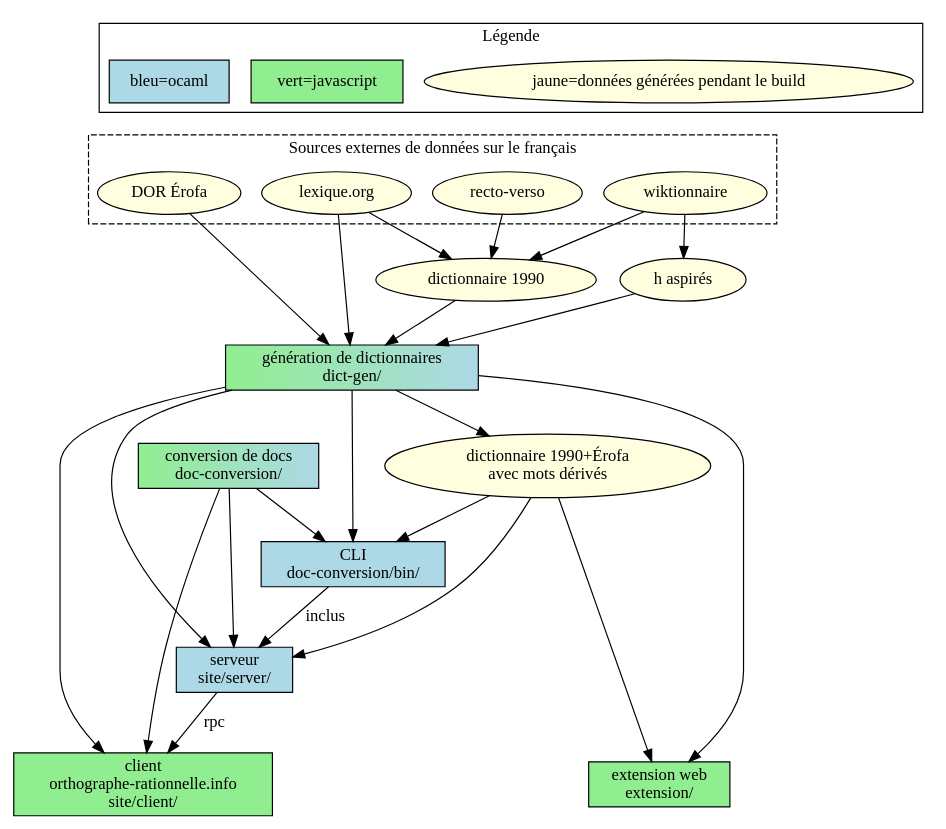
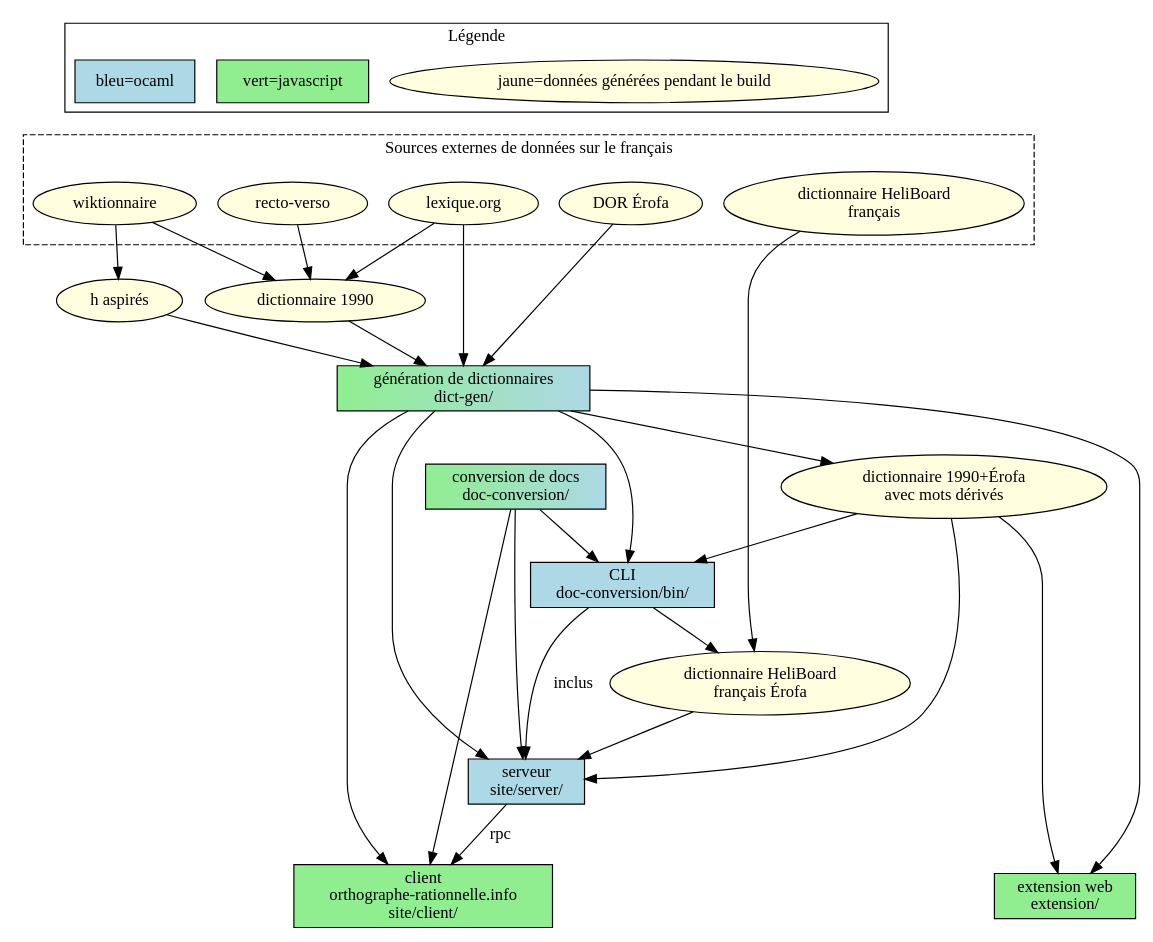
The diagram in flow.dot (v-gb/ortografe), drawn with Graphviz before and after one commit. The commit also changed 1 other file, not shown here.

Commit message:
README: add keyboard to svg

```diff
--- a/flow.dot
+++ b/flow.dot
@@ -1,46 +1,50 @@
 digraph {
     subgraph cluster_legend {
         label="Légende"
         rank=same;
-        zz[label="jaune=données générées pendant le build" style=filled fillcolor="lightyellow"];
-        zz2[label="vert=javascript" shape=box style=filled fillcolor="lightgreen"];
-        zz3[label="bleu=ocaml" shape=box style=filled fillcolor="lightblue"];
+        legda[label="jaune=données générées pendant le build" style=filled fillcolor="lightyellow"];
+        legjs[label="vert=javascript" shape=box style=filled fillcolor="lightgreen"];
+        legoc3[label="bleu=ocaml" shape=box style=filled fillcolor="lightblue"];
     }
     subgraph cluster_inputs {
         label="Sources externes de données sur le français";
         style=dashed;
         rank=same;
+        keyboardinit[label="dictionnaire HeliBoard\nfrançais" URL="https://github.com/Helium314/HeliBoard/" style=filled fillcolor=lightyellow]
         "recto-verso"[URL="https://uclouvain.be/recto-verso/essaie-recto.html" style=filled fillcolor=lightyellow];
         lexique[label="lexique.org" URL="http://lexique.org" style=filled fillcolor=lightyellow];
         wiktionnaire[label="wiktionnaire" URL="https://fr.wiktionary.org/" style=filled fillcolor=lightyellow];
         "DOR Érofa"[URL="https://gitlab.com/erofa/coorte/-/blob/main/DOR/DOR.csv" style=filled fillcolor=lightyellow];
-        zz3->"DOR Érofa"[style=invis];
+        legjs->"recto-verso"[style=invis];
     }
     "h aspirés"[style=filled fillcolor=lightyellow];
     "dictionnaire 1990"[style=filled fillcolor=lightyellow];
     dicterofa[style=filled fillcolor=lightyellow label="dictionnaire 1990+Érofa\navec mots dérivés"];
     conv[label="conversion de docs\ndoc-conversion/" shape=box style=filled fillcolor="lightgreen:lightblue"];
     dictgen[label="génération de dictionnaires\ndict-gen/" shape=box style=filled fillcolor="lightgreen:lightblue"];
     cli[label="CLI\ndoc-conversion/bin/" shape=box style=filled fillcolor="lightblue"];
     serveur[label="serveur\nsite/server/" shape=box style=filled fillcolor="lightblue"];
+    keyboard[label="dictionnaire HeliBoard\nfrançais Érofa" style=filled fillcolor=lightyellow]
     subgraph outputs {
         rank=same;
         webextension[label="extension web\nextension/" URL="https://addons.mozilla.org/fr/firefox/addon/orthographe-rationnelle/" shape=box style=filled fillcolor="lightgreen"];
         client[label="client\northographe-rationnelle.info\nsite/client/" URL="https://orthographe-rationnelle.info" shape=box style=filled fillcolor="lightgreen"];
     }
 
     wiktionnaire -> "h aspirés";
 
     { wiktionnaire "recto-verso" lexique } -> "dictionnaire 1990";
 
     { "dictionnaire 1990" "DOR Érofa" lexique "h aspirés" } -> dictgen;
     dictgen -> dicterofa;
 
     dictgen -> webextension;
     dicterofa -> { webextension cli serveur };
 
     conv -> { client serveur cli };
     dictgen -> { client serveur cli };
     cli -> serveur [label=inclus];
     serveur -> client [label=rpc];
+
+    { cli keyboardinit } -> keyboard -> serveur;
 }
```
